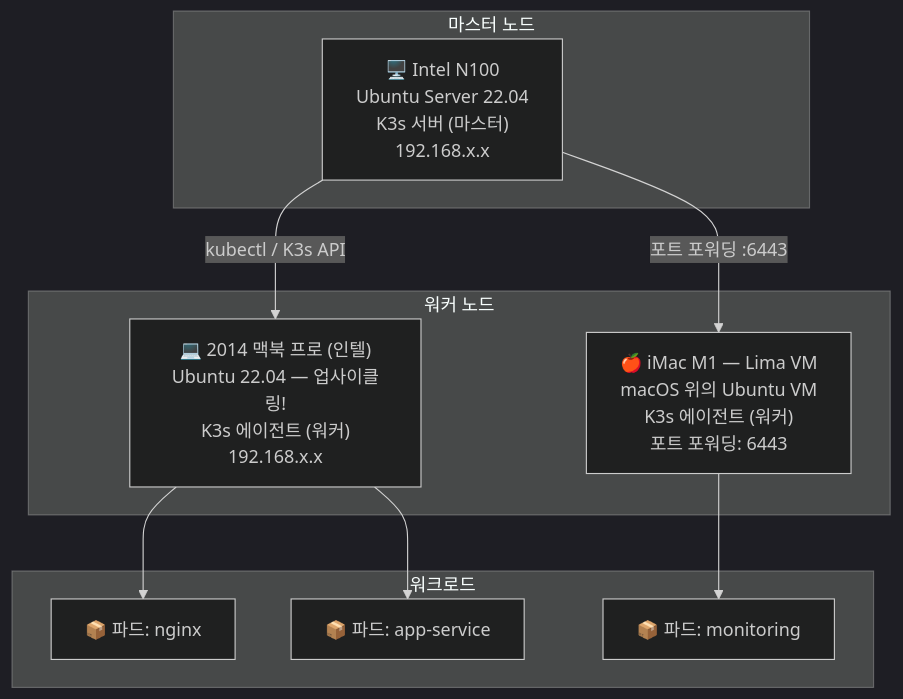
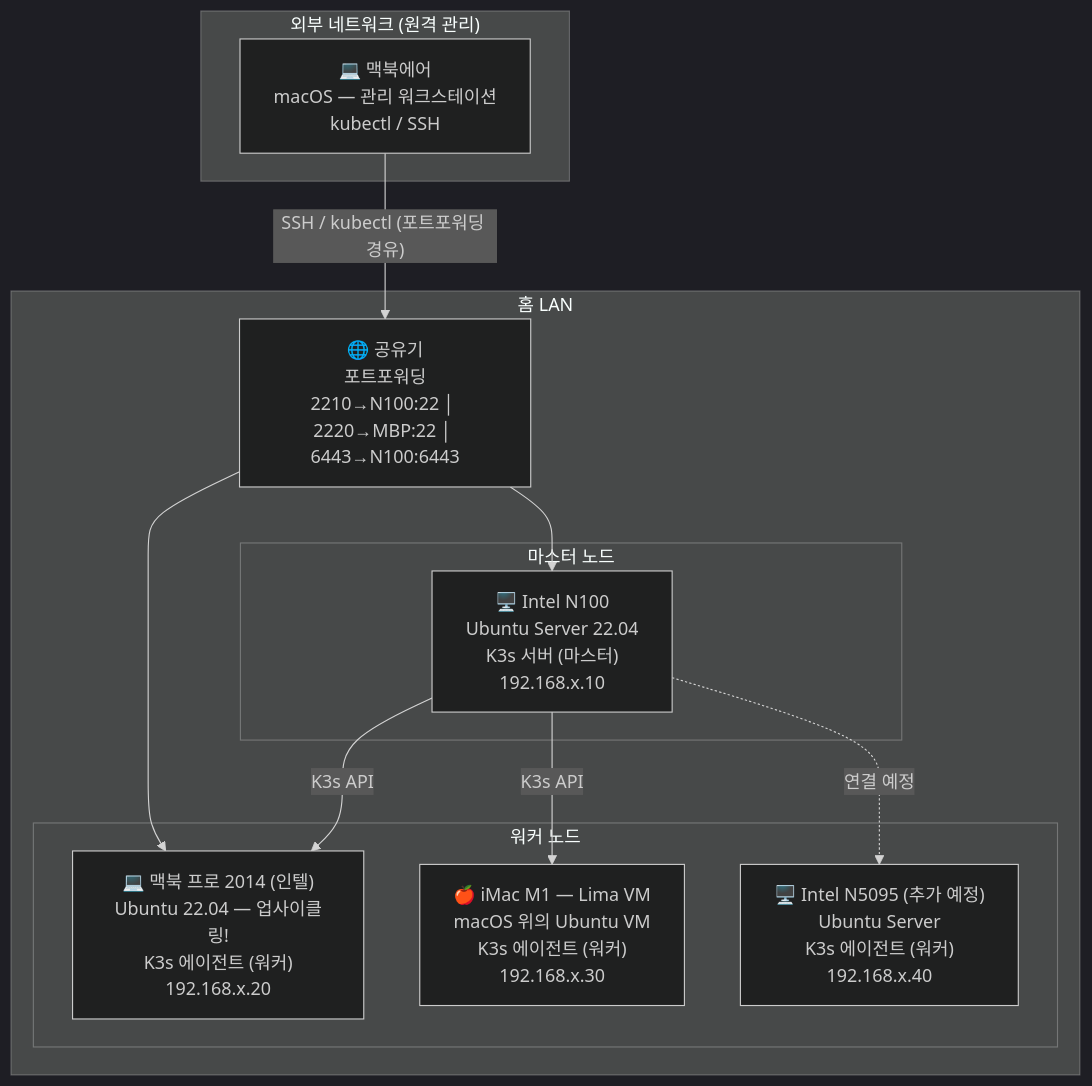
Before and after one commit to kookie2626/Hybrid-K3s-Cluster: the diagram in README.md, drawn with Mermaid (dark theme). The commit also changed other lines of this file, not shown here.

Commit message:
README: 아키텍처 개요도 현행화 (맥북에어 관리 워크스테이션 및 N5095 추가 예정 반영)
Agent-Logs-Url: https://github.com/kookie2626/Hybrid-K3s-Cluster/sessions/87ebaf6d-ac47-4b1a-8a10-66423a399f29

````diff
--- a/README.md
+++ b/README.md
@@ -24,23 +25,27 @@
 ```mermaid
 graph TD
-    subgraph "마스터 노드"
-        N100["🖥️ Intel N100<br/>Ubuntu Server 22.04<br/>K3s 서버 (마스터)<br/>192.168.x.x"]
+    subgraph EXT["외부 네트워크 (원격 관리)"]
+        MBA["💻 맥북에어<br/>macOS — 관리 워크스테이션<br/>kubectl / SSH"]
     end
 
-    subgraph "워커 노드"
-        MBP["💻 2014 맥북 프로 (인텔)<br/>Ubuntu 22.04 — 업사이클링!<br/>K3s 에이전트 (워커)<br/>192.168.x.x"]
-        LIMA["🍎 iMac M1 — Lima VM<br/>macOS 위의 Ubuntu VM<br/>K3s 에이전트 (워커)<br/>포트 포워딩: 6443"]
+    subgraph LAN["홈 LAN"]
+        ROUTER["🌐 공유기<br/>포트포워딩<br/>2210→N100:22 │ 2220→MBP:22 │ 6443→N100:6443"]
+
+        subgraph MASTER["마스터 노드"]
+            N100["🖥️ Intel N100<br/>Ubuntu Server 22.04<br/>K3s 서버 (마스터)<br/>192.168.x.10"]
+        end
+
+        subgraph WORKERS["워커 노드"]
+            MBP["💻 맥북 프로 2014 (인텔)<br/>Ubuntu 22.04 — 업사이클링!<br/>K3s 에이전트 (워커)<br/>192.168.x.20"]
+            LIMA["🍎 iMac M1 — Lima VM<br/>macOS 위의 Ubuntu VM<br/>K3s 에이전트 (워커)<br/>192.168.x.30"]
+            N5095["🖥️ Intel N5095 (추가 예정)<br/>Ubuntu Server<br/>K3s 에이전트 (워커)<br/>192.168.x.40"]
+        end
     end
 
-    subgraph "워크로드"
-        POD1["📦 파드: nginx"]
-        POD2["📦 파드: app-service"]
-        POD3["📦 파드: monitoring"]
-    end
-
-    N100 -- "kubectl / K3s API" --> MBP
-    N100 -- "포트 포워딩 :6443" --> LIMA
-    MBP --> POD1
-    MBP --> POD2
-    LIMA --> POD3
+    MBA -- "SSH / kubectl (포트포워딩 경유)" --> ROUTER
+    ROUTER --> N100
+    ROUTER --> MBP
+    N100 -- "K3s API" --> MBP
+    N100 -- "K3s API" --> LIMA
+    N100 -. "연결 예정" .-> N5095
 ```
````
